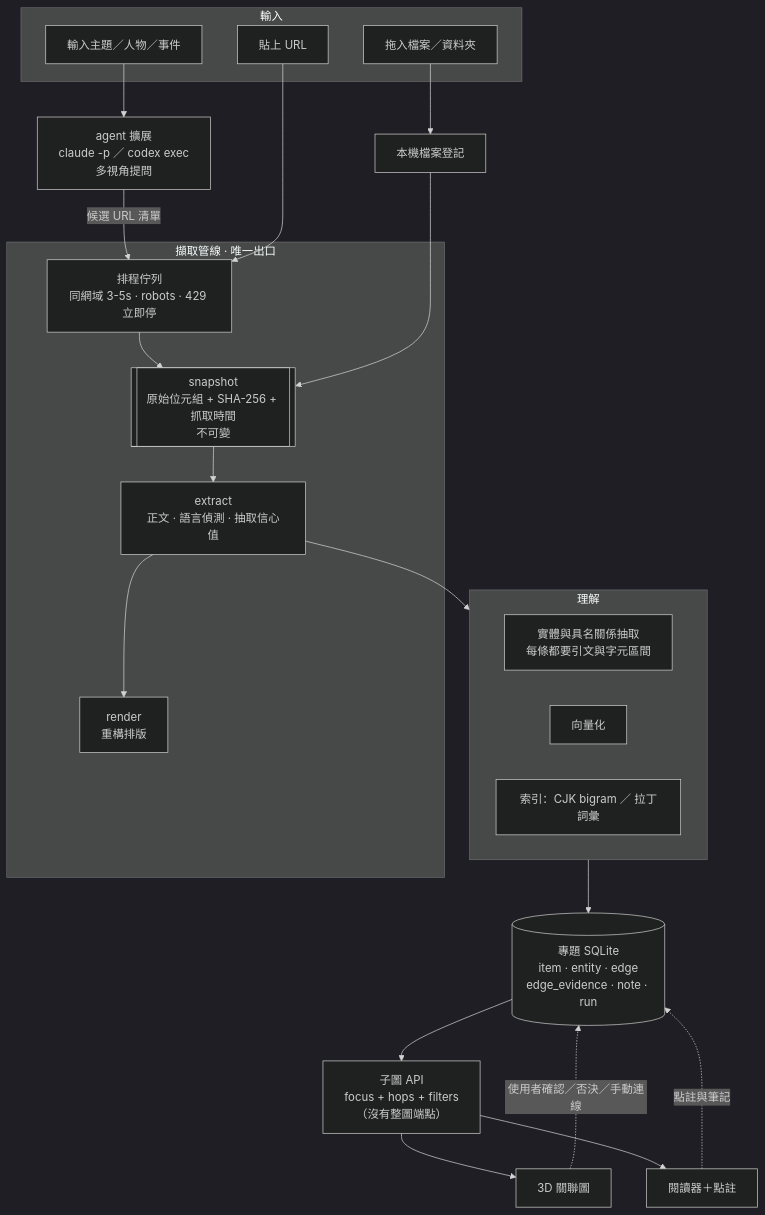
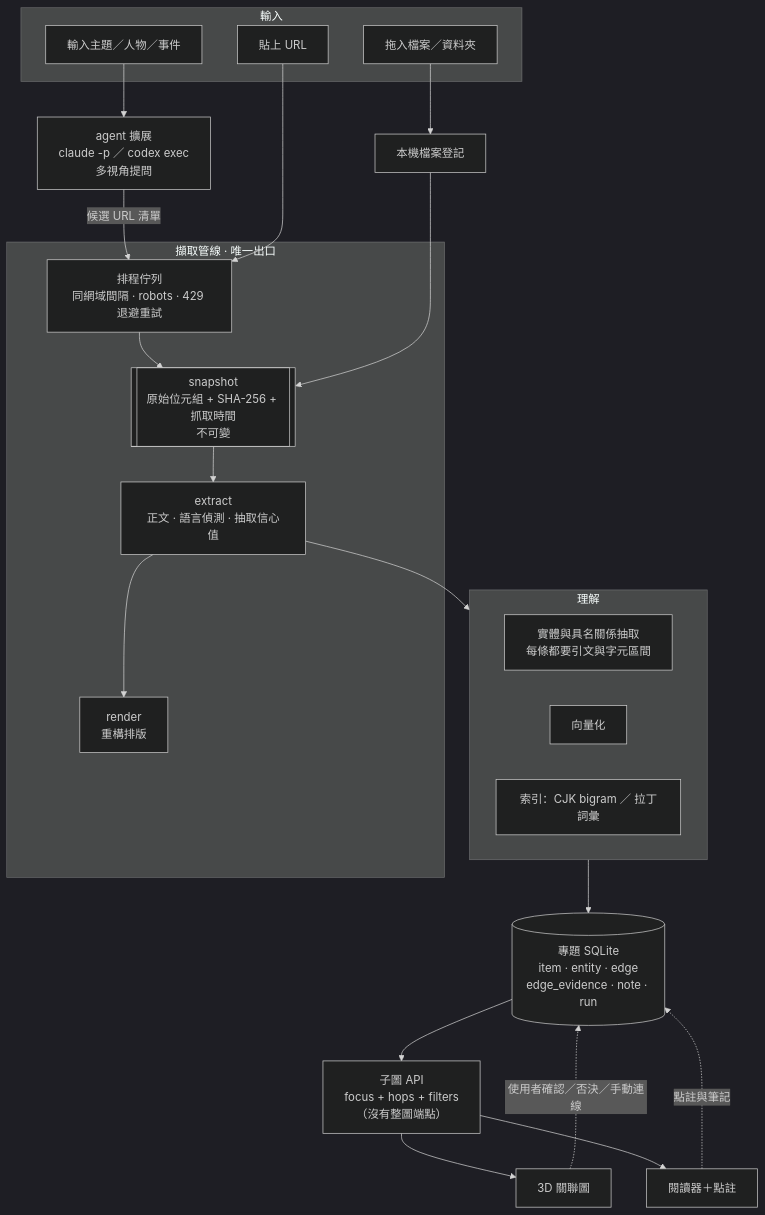
The first of 2 diagrams in docs/architecture/overview.md (SpringRain555/cyclosa), drawn with Mermaid (dark theme) before and after one commit. The commit also changed other lines of this file and 21 other files, not shown here.

````diff
--- a/docs/architecture/overview.md
+++ b/docs/architecture/overview.md
@@ -22,36 +22,36 @@
 ```mermaid
 flowchart TB
   subgraph IN[輸入]
     I1[拖入檔案／資料夾]
     I2[貼上 URL]
     I3[輸入主題／人物／事件]
   end
 
   I3 --> AG["agent 擴展<br/>claude -p ／ codex exec<br/>多視角提問"]
   AG -->|候選 URL 清單| FQ
   I2 --> FQ
   I1 --> LOCAL[本機檔案登記]
 
   subgraph PIPE[擷取管線 · 唯一出口]
-    FQ[排程佇列<br/>同網域 3-5s · robots · 429 立即停]
+    FQ[排程佇列<br/>同網域間隔 · robots · 429 退避重試]
     FQ --> SNAP[["snapshot<br/>原始位元組 + SHA-256 + 抓取時間<br/>不可變"]]
     SNAP --> EXT[extract<br/>正文 · 語言偵測 · 抽取信心值]
     EXT --> RND[render<br/>重構排版]
   end
 
   LOCAL --> SNAP
   EXT --> UND
 
   subgraph UND[理解]
     NER[實體與具名關係抽取<br/>每條都要引文與字元區間]
     EMB[向量化]
     IDX[索引：CJK bigram ／ 拉丁詞彙]
   end
 
   UND --> DB[("專題 SQLite<br/>item · entity · edge<br/>edge_evidence · note · run")]
   DB --> SUB["子圖 API<br/>focus + hops + filters<br/>（沒有整圖端點）"]
   SUB --> UI3D[3D 關聯圖]
   SUB --> RDR[閱讀器＋點註]
   UI3D -.使用者確認／否決／手動連線.-> DB
   RDR -.點註與筆記.-> DB
 ```
````
